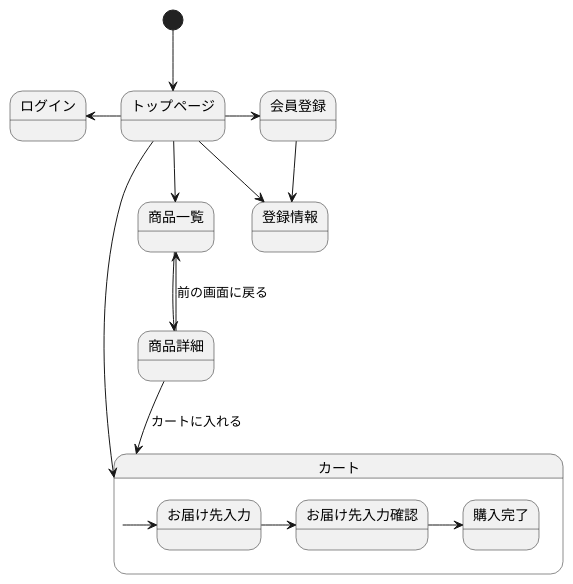
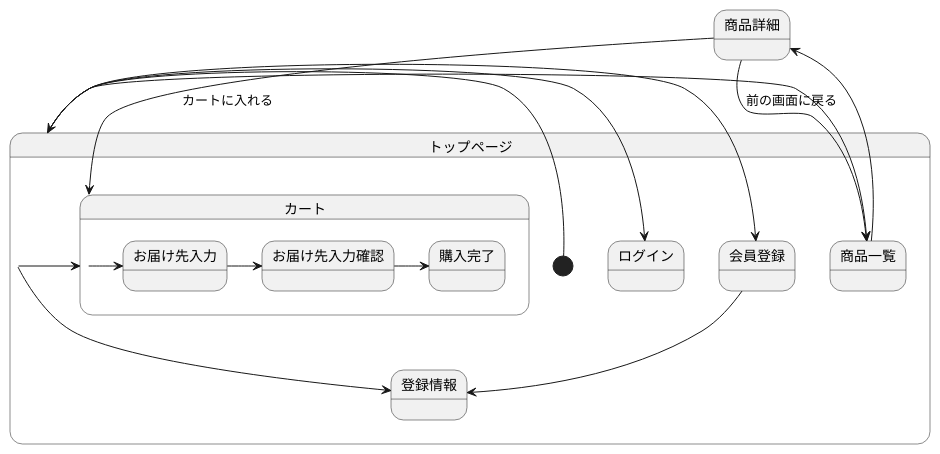
The diagram in stm01.md (aso2001190/sys2021-design), drawn with PlantUML before and after one commit.

````diff
--- a/stm01.md
+++ b/stm01.md
@@ -1,23 +1,26 @@
 ```uml
 @startuml
+
+state トップページ {
 [*] --> トップページ
 トップページ -> 会員登録
 トップページ -left-> ログイン
 トップページ --> カート
 トップページ --> 登録情報
 トップページ --> 商品一覧
+}
 商品一覧 --> 商品詳細
 商品詳細 --> 商品一覧 : 前の画面に戻る
 商品詳細 --> カート : カートに入れる
 
 
 会員登録 --> 登録情報
 
 state カート {
 カート -> お届け先入力
 お届け先入力 -> お届け先入力確認
 お届け先入力確認 -> 購入完了
 }
 
 @enduml
 ```
````
